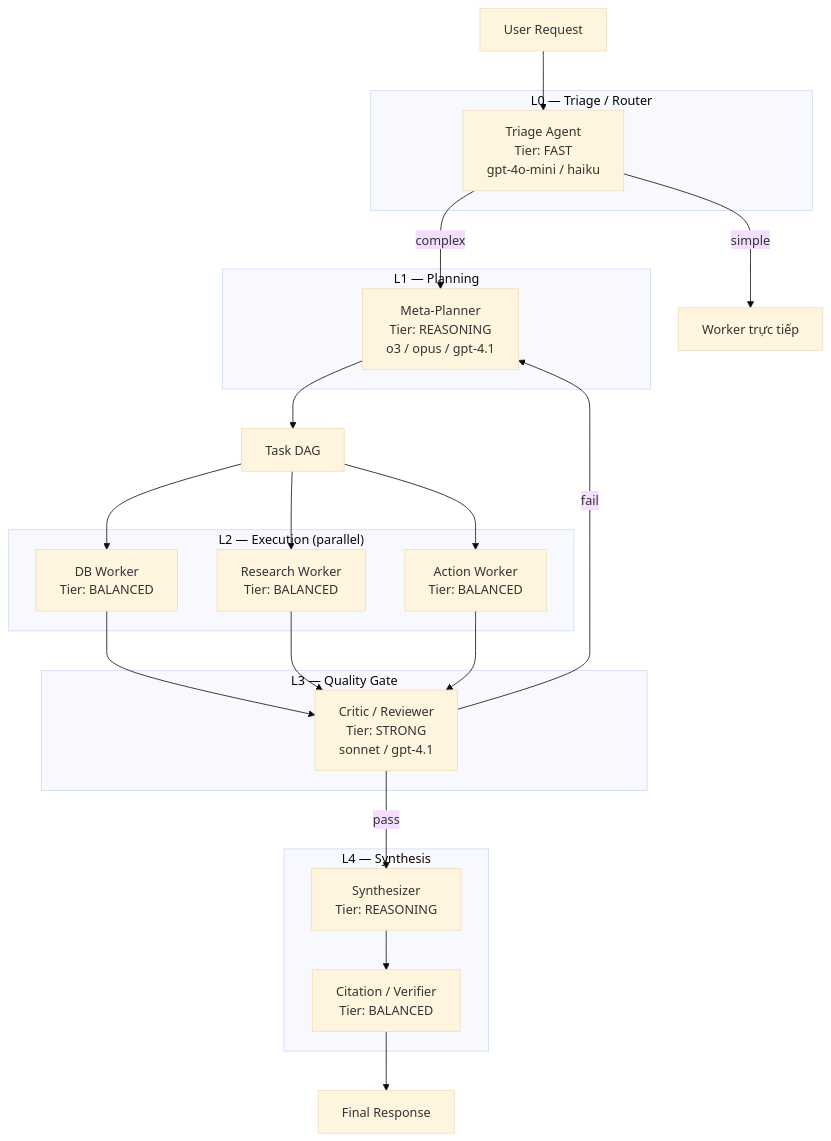
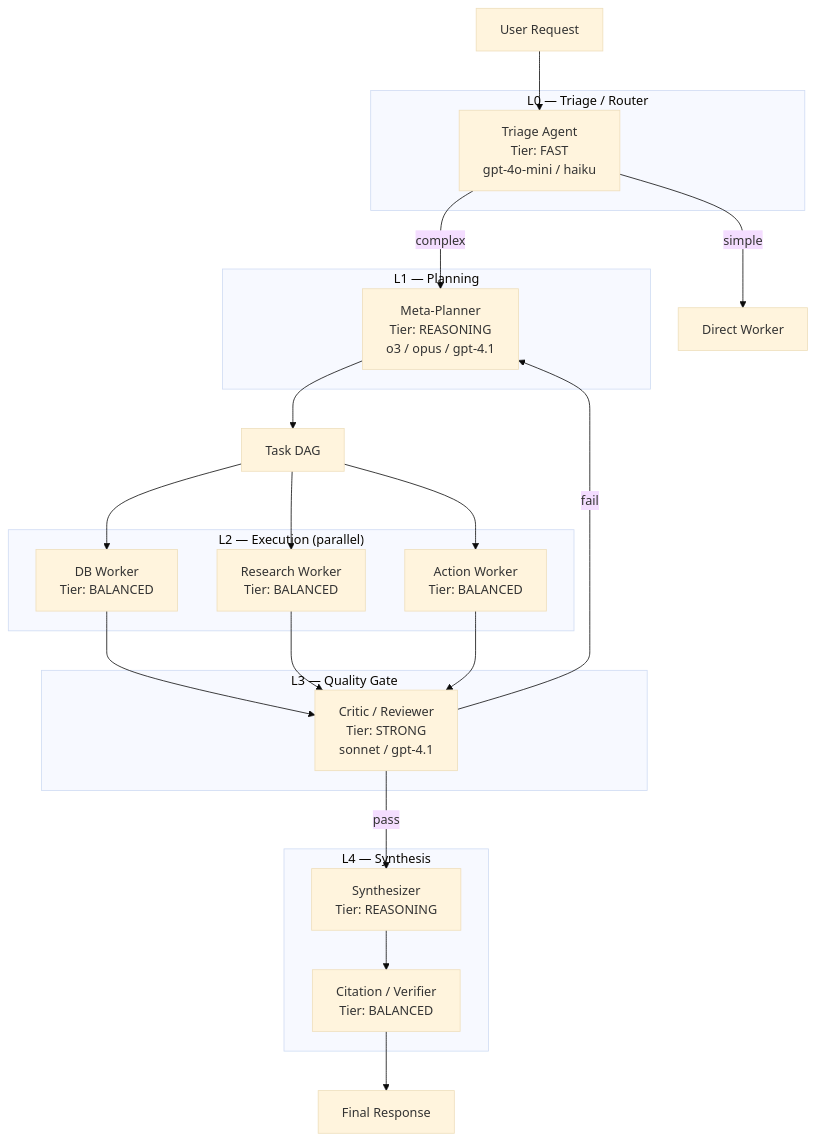
One commit to Nguyenkiettuan1/Multi-Agent-Platform changed the second of 4 diagrams in docs/01-ARCHITECTURE.md. Above: the diagram before and after it, drawn with Mermaid (base theme). The commit also changed other lines of this file and 104 other files, not shown here.

````diff
--- a/docs/01-ARCHITECTURE.md
+++ b/docs/01-ARCHITECTURE.md
@@ -85,41 +82,41 @@
 ```mermaid
 flowchart TB
     USER[User Request] --> TRIAGE
 
     subgraph L0["L0 — Triage / Router"]
         TRIAGE[Triage Agent<br/>Tier: FAST<br/>gpt-4o-mini / haiku]
     end
 
-    TRIAGE -->|simple| WORKER_DIRECT[Worker trực tiếp]
+    TRIAGE -->|simple| WORKER_DIRECT[Direct Worker]
     TRIAGE -->|complex| PLANNER
 
     subgraph L1["L1 — Planning"]
         PLANNER[Meta-Planner<br/>Tier: REASONING<br/>o3 / opus / gpt-4.1]
     end
 
     PLANNER --> DAG[Task DAG]
 
     subgraph L2["L2 — Execution (parallel)"]
         W1[DB Worker<br/>Tier: BALANCED]
         W2[Research Worker<br/>Tier: BALANCED]
         W3[Action Worker<br/>Tier: BALANCED]
     end
 
     DAG --> W1 & W2 & W3
 
     W1 & W2 & W3 --> REVIEWER
 
     subgraph L3["L3 — Quality Gate"]
         REVIEWER[Critic / Reviewer<br/>Tier: STRONG<br/>sonnet / gpt-4.1]
     end
 
     REVIEWER -->|pass| SYNTH
     REVIEWER -->|fail| PLANNER
 
     subgraph L4["L4 — Synthesis"]
         SYNTH[Synthesizer<br/>Tier: REASONING]
         CITE[Citation / Verifier<br/>Tier: BALANCED]
     end
 
     SYNTH --> CITE --> OUTPUT[Final Response]
 ```
````
